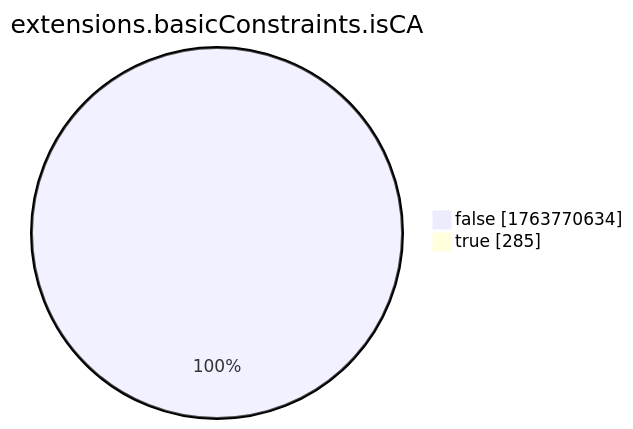
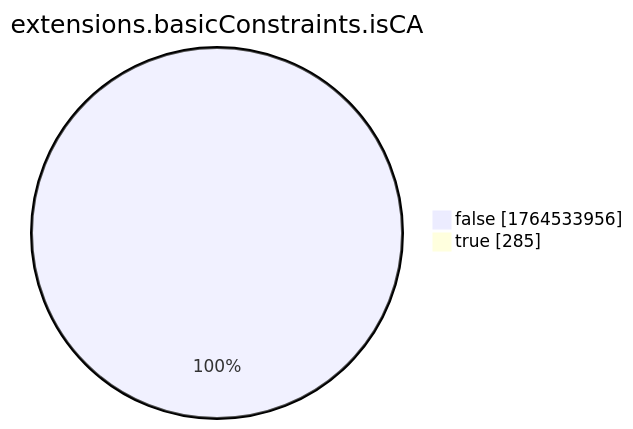
One commit to christiankrug/ctmonitor_visualization changed the eighth of 15 diagrams in xenon2022/README.md. Above: the diagram before and after it, drawn with Mermaid. The commit also changed other lines of this file, not shown here.

````diff
--- a/xenon2022/README.md
+++ b/xenon2022/README.md
@@ -2868,6 +2868,6 @@
 ```mermaid
 pie showData
 title extensions.basicConstraints.isCA
-"false" :1763770634
+"false" :1764533956
 "true" :285
 ```
````
